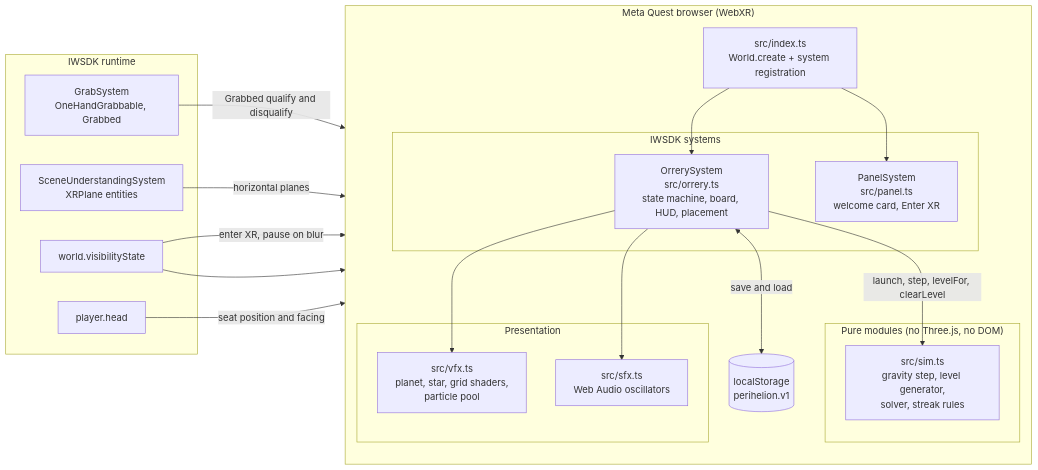
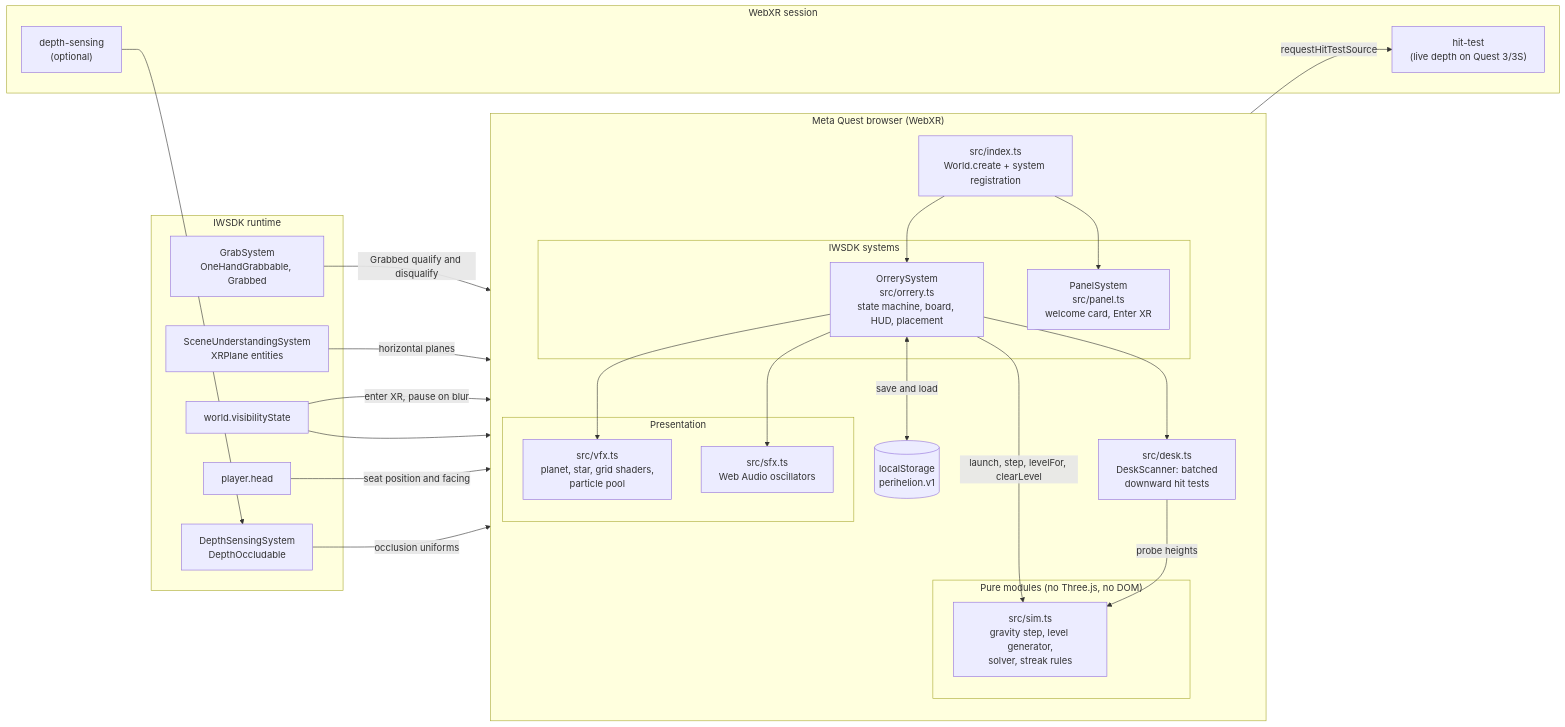
The first of 6 diagrams in README.md (Abm32/perihelion-xr), drawn with Mermaid before and after one commit. The commit also changed other lines of this file and 1 other file, not shown here.

````diff
--- a/README.md
+++ b/README.md
@@ -47,36 +52,48 @@
 ```mermaid
 flowchart LR
     subgraph Browser["Meta Quest browser (WebXR)"]
         direction TB
         IDX["src/index.ts<br/>World.create + system registration"]
         subgraph Systems["IWSDK systems"]
             ORR["OrrerySystem<br/>src/orrery.ts<br/>state machine, board, HUD, placement"]
             PAN["PanelSystem<br/>src/panel.ts<br/>welcome card, Enter XR"]
         end
         subgraph Pure["Pure modules (no Three.js, no DOM)"]
             SIM["src/sim.ts<br/>gravity step, level generator,<br/>solver, streak rules"]
         end
         subgraph Presentation
             VFX["src/vfx.ts<br/>planet, star, grid shaders,<br/>particle pool"]
             SFX["src/sfx.ts<br/>Web Audio oscillators"]
         end
+        DESK["src/desk.ts<br/>DeskScanner: batched<br/>downward hit tests"]
         LS[("localStorage<br/>perihelion.v1")]
     end
 
     subgraph IWSDK["IWSDK runtime"]
         GRAB["GrabSystem<br/>OneHandGrabbable, Grabbed"]
         SU["SceneUnderstandingSystem<br/>XRPlane entities"]
         VIS["world.visibilityState"]
         HEAD["player.head"]
+        DEPTH["DepthSensingSystem<br/>DepthOccludable"]
+    end
+
+    subgraph WebXR["WebXR session"]
+        HT["hit-test<br/>(live depth on Quest 3/3S)"]
+        DS["depth-sensing<br/>(optional)"]
     end
 
     IDX --> ORR & PAN
     ORR -->|"launch, step, levelFor, clearLevel"| SIM
     ORR --> VFX & SFX
     ORR <-->|"save and load"| LS
     GRAB -->|"Grabbed qualify and disqualify"| ORR
     SU -->|"horizontal planes"| ORR
     VIS -->|"enter XR, pause on blur"| ORR
     HEAD -->|"seat position and facing"| ORR
     VIS --> PAN
+    ORR --> DESK
+    DESK -->|"requestHitTestSource"| HT
+    DESK -->|"probe heights"| SIM
+    DS --> DEPTH
+    DEPTH -->|"occlusion uniforms"| VFX
 ```
````
